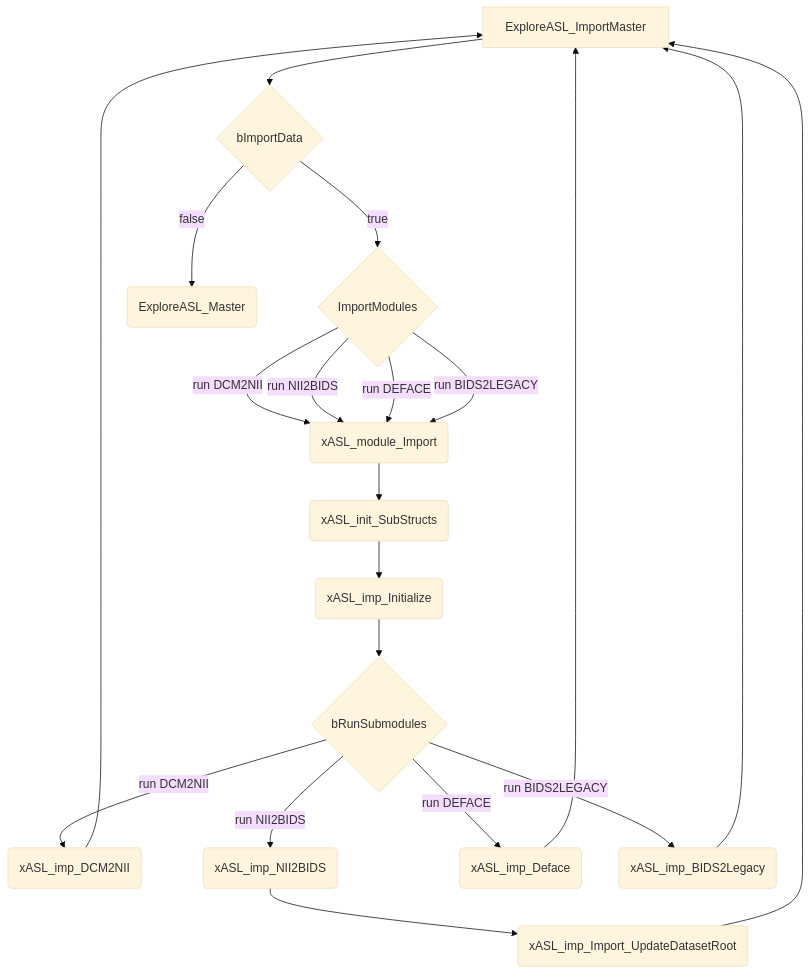
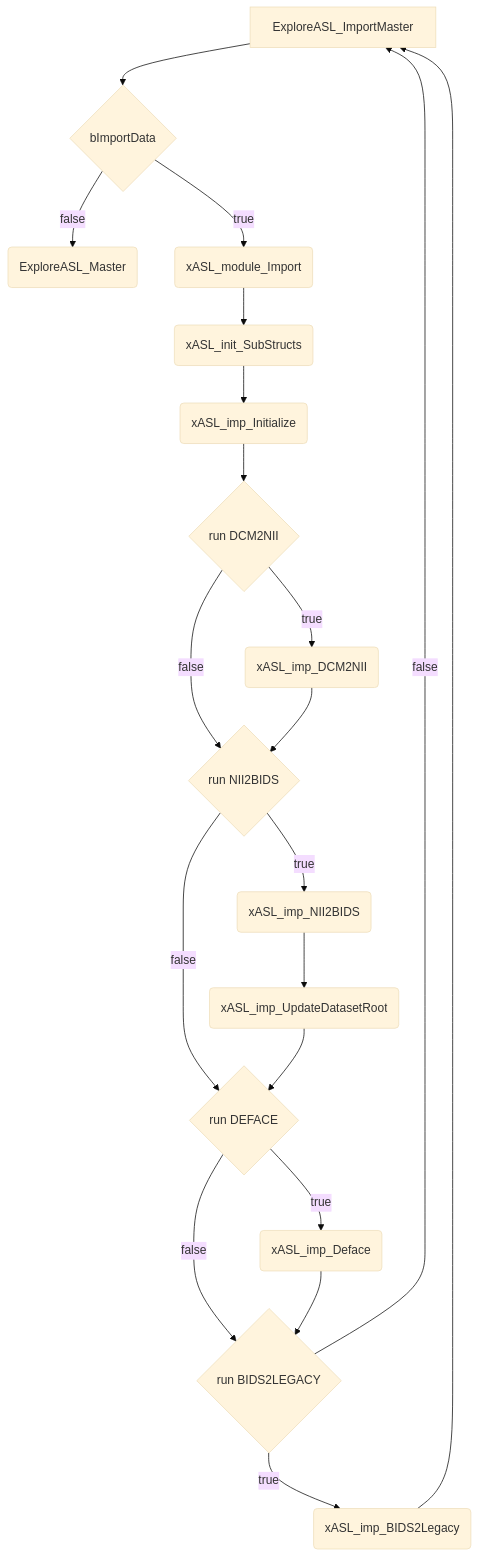
One commit to ExploreASL/Documentation changed the first of 4 diagrams in templates/FLOWCHARTS.md. Above: the diagram before and after it, drawn with Mermaid (base theme). The commit also changed 10 other files, not shown here.

````diff
--- a/templates/FLOWCHARTS.md
+++ b/templates/FLOWCHARTS.md
@@ -8,22 +8,22 @@
 ```mermaid
 graph TD
     A[ExploreASL_ImportMaster] --> B{bImportData}
-    D --> |run DCM2NII| E(xASL_module_Import)
-    D --> |run NII2BIDS| E(xASL_module_Import)
-    D --> |run DEFACE| E(xASL_module_Import)
-    D --> |run BIDS2LEGACY| E(xASL_module_Import)
+    B --> |false| C(ExploreASL_Master)
+    B --> |true| E(xASL_module_Import)
     E --> H(xASL_init_SubStructs)
     H --> I(xASL_imp_Initialize)
-    I --> J{bRunSubmodules}
-    J --> |run DCM2NII| K(xASL_imp_DCM2NII)
-    J --> |run NII2BIDS| L(xASL_imp_NII2BIDS)
-    J --> |run DEFACE| M(xASL_imp_Deface)
-    J --> |run BIDS2LEGACY| F(xASL_imp_BIDS2Legacy)
-    L --> N(xASL_imp_Import_UpdateDatasetRoot)
-    K --> A
-    N --> A
-    M --> A
-    F --> A
-    B --> |false| C(ExploreASL_Master)
-    B --> |true| D{ImportModules}
+    I --> J{run DCM2NII}
+    J --> |true| K(xASL_imp_DCM2NII)
+    J --> |false| L
+    K --> L{run NII2BIDS}
+    L --> |true| N(xASL_imp_NII2BIDS)
+    L --> |false| P
+    N --> O(xASL_imp_UpdateDatasetRoot)
+    O --> P{run DEFACE}
+    P --> |true| Q(xASL_imp_Deface)
+    P --> |false| R
+    Q --> R{run BIDS2LEGACY}
+    R --> |true| S(xASL_imp_BIDS2Legacy)
+    R --> |false| A
+    S --> A
 ```
````
